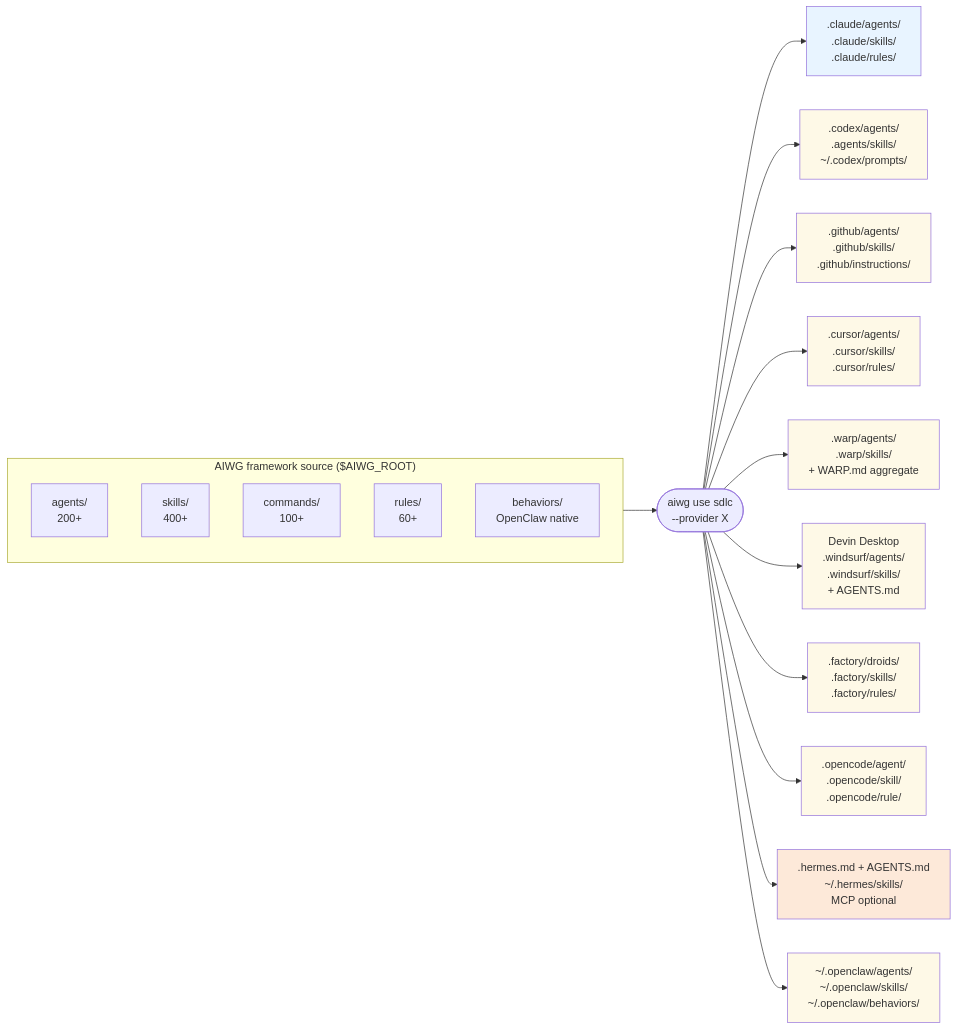
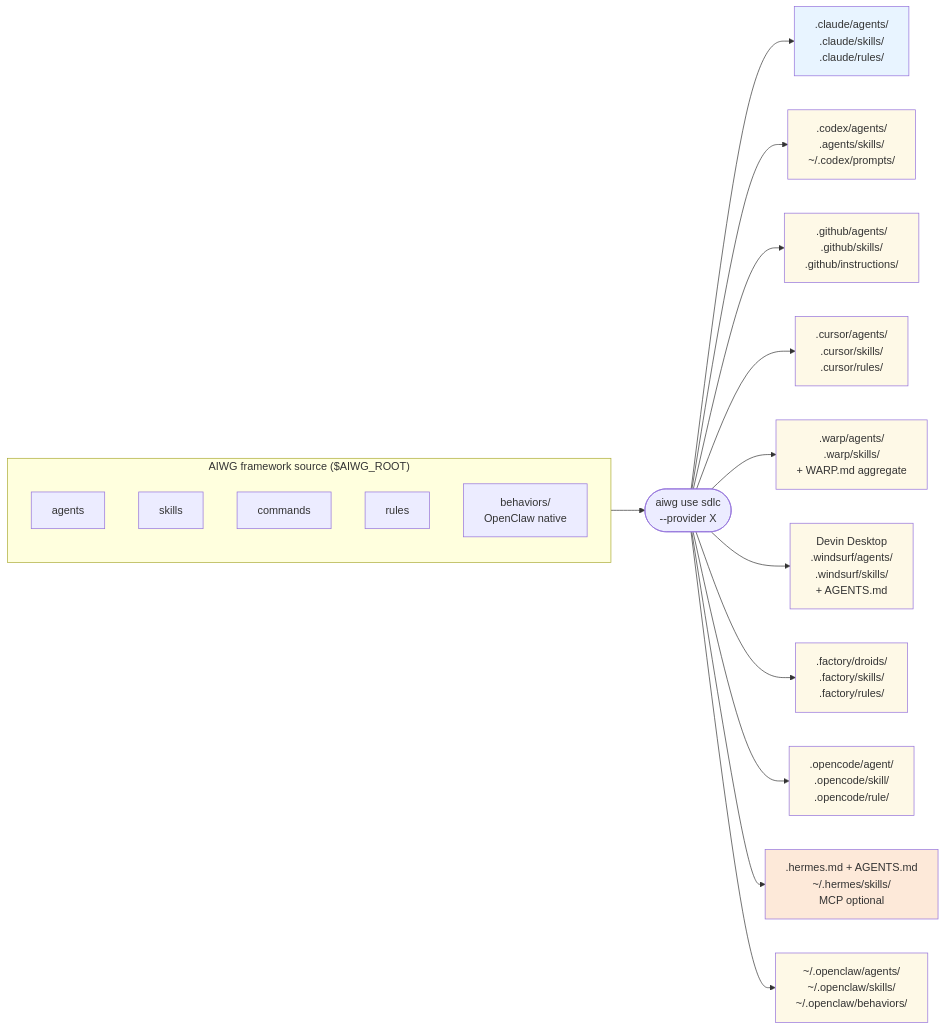
One commit to jmagly/ai-writing-guide changed the seventh of 8 diagrams in docs/architecture-overview.md. Above: the diagram before and after it, drawn with Mermaid. The commit also changed other lines of this file and 135 other files, not shown here.

````diff
--- a/docs/architecture-overview.md
+++ b/docs/architecture-overview.md
@@ -282,32 +263,32 @@
 ```mermaid
 flowchart LR
   subgraph SOURCE["AIWG framework source ($AIWG_ROOT)"]
     direction TB
-    AG[agents/<br/>200+]
-    SK[skills/<br/>400+]
-    CM[commands/<br/>100+]
-    RL[rules/<br/>60+]
+    AG[agents]
+    SK[skills]
+    CM[commands]
+    RL[rules]
     BE[behaviors/<br/>OpenClaw native]
   end
 
   CLI([aiwg use sdlc<br/>--provider X])
   SOURCE --> CLI
 
   CLI --> CC[".claude/agents/<br/>.claude/skills/<br/>.claude/rules/"]
   CLI --> CX[".codex/agents/<br/>.agents/skills/<br/>~/.codex/prompts/"]
   CLI --> CP[".github/agents/<br/>.github/skills/<br/>.github/instructions/"]
   CLI --> CR[".cursor/agents/<br/>.cursor/skills/<br/>.cursor/rules/"]
   CLI --> WP[".warp/agents/<br/>.warp/skills/<br/>+ WARP.md aggregate"]
   CLI --> WS["Devin Desktop<br/>.windsurf/agents/<br/>.windsurf/skills/<br/>+ AGENTS.md"]
   CLI --> FA[".factory/droids/<br/>.factory/skills/<br/>.factory/rules/"]
   CLI --> OC[".opencode/agent/<br/>.opencode/skill/<br/>.opencode/rule/"]
   CLI --> HE[".hermes.md + AGENTS.md<br/>~/.hermes/skills/<br/>MCP optional"]
   CLI --> OW["~/.openclaw/agents/<br/>~/.openclaw/skills/<br/>~/.openclaw/behaviors/"]
 
   classDef claude fill:#e8f4ff
   classDef codex fill:#fef9e7
   classDef hermes fill:#fde9d9
   class CC claude
   class CX,CP,CR,WP,WS,FA,OC,OW codex
   class HE hermes
 ```
````
